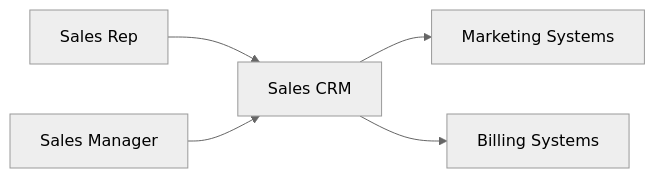
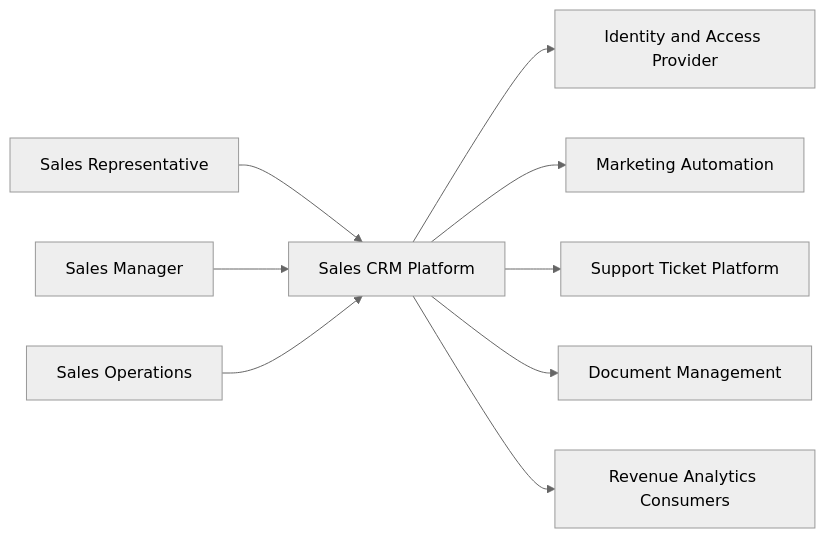
Before and after one commit to MichaelTimbes/solution-cookbook: the diagram in playbooks/sales-crm/diagrams/system-context.mmd, drawn with Mermaid (neutral theme). The commit also changed 60 other files, not shown here.

```diff
--- a/playbooks/sales-crm/diagrams/system-context.mmd
+++ b/playbooks/sales-crm/diagrams/system-context.mmd
@@ -1,11 +1,24 @@
+%% Sales CRM system context
+%% Shows sales actors and adjacent systems around the CRM platform.
 flowchart LR
-    SalesRep[Sales Rep]
+    SalesRep[Sales Representative]
     Manager[Sales Manager]
-    System[Sales CRM]
-    Marketing[Marketing Systems]
-    Billing[Billing Systems]
+    Ops[Sales Operations]
 
-    SalesRep --> System
-    Manager --> System
-    System --> Marketing
-    System --> Billing
+    CRM[Sales CRM Platform]
+
+    Identity[Identity and Access Provider]
+    Marketing[Marketing Automation]
+    Support[Support Ticket Platform]
+    Docs[Document Management]
+    Analytics[Revenue Analytics Consumers]
+
+    SalesRep --> CRM
+    Manager --> CRM
+    Ops --> CRM
+
+    CRM --> Identity
+    CRM --> Marketing
+    CRM --> Support
+    CRM --> Docs
+    CRM --> Analytics
```
